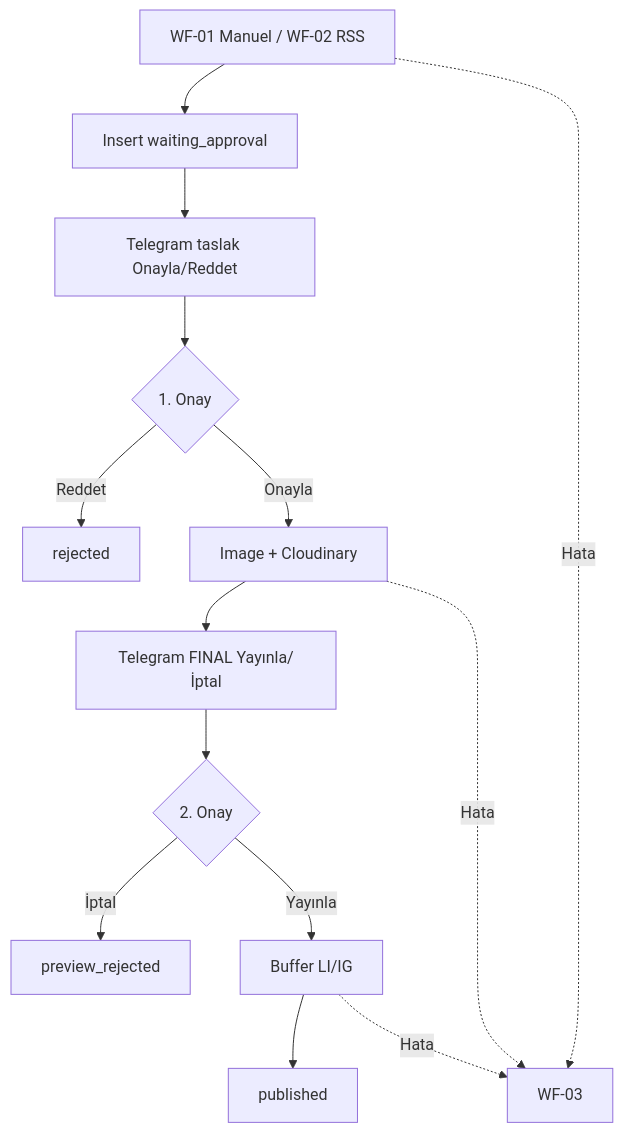
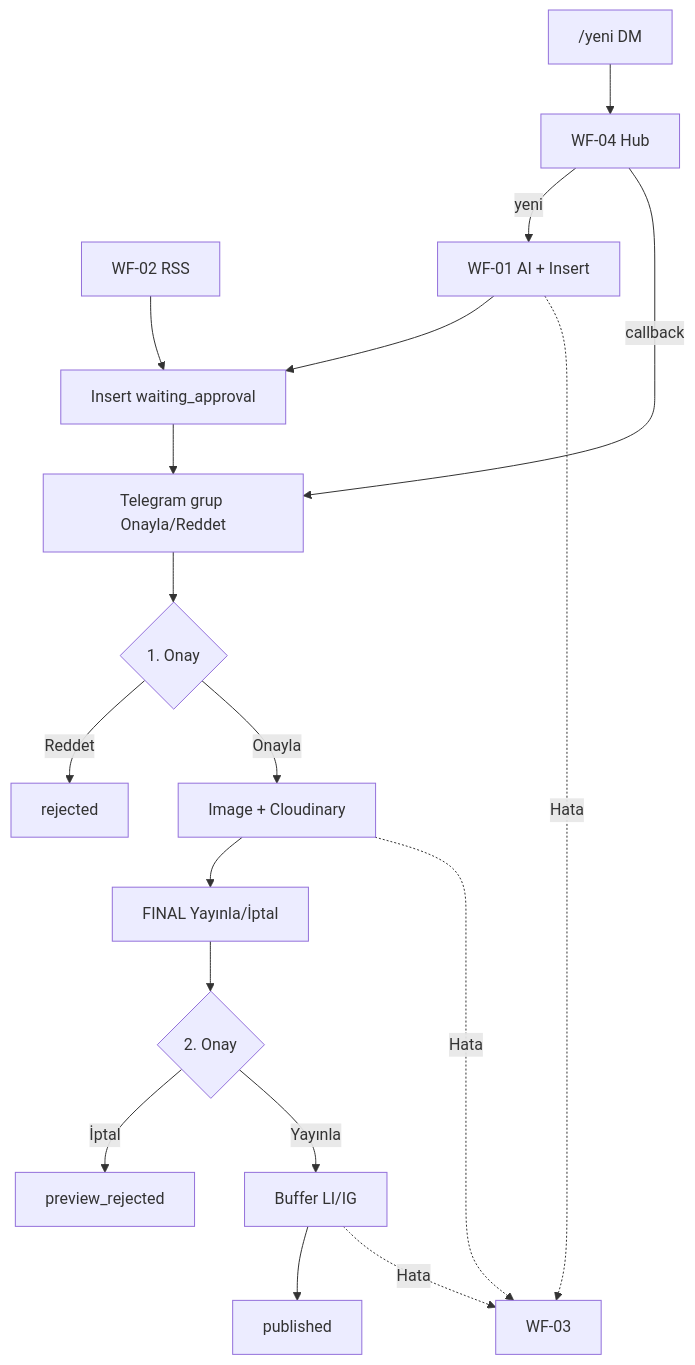
Before and after one commit to mustafaxln/social-media-agent: the first of 6 diagrams in docs/akis-semasi.md, drawn with Mermaid. The commit also changed other lines of this file and 18 other files, not shown here.

````diff
--- a/docs/akis-semasi.md
+++ b/docs/akis-semasi.md
@@ -5,16 +5,20 @@
 ```mermaid
 flowchart TD
-    A[WF-01 Manuel / WF-02 RSS] --> B[Insert waiting_approval]
-    B --> C[Telegram taslak Onayla/Reddet]
+    Y["/yeni DM"] --> H[WF-04 Hub]
+    R[WF-02 RSS] --> B[Insert waiting_approval]
+    H -->|yeni| W1[WF-01 AI + Insert]
+    W1 --> B
+    B --> C[Telegram grup Onayla/Reddet]
     C --> D{1. Onay}
-    D -->|Reddet| R[rejected]
+    D -->|Reddet| RJ[rejected]
     D -->|Onayla| E[Image + Cloudinary]
-    E --> F[Telegram FINAL Yayınla/İptal]
+    E --> F[FINAL Yayınla/İptal]
     F --> G{2. Onay}
     G -->|İptal| P[preview_rejected]
-    G -->|Yayınla| H[Buffer LI/IG]
-    H --> I[published]
-    A -.->|Hata| E3[WF-03]
+    G -->|Yayınla| BUF[Buffer LI/IG]
+    BUF --> I[published]
+    H -->|callback| C
+    W1 -.->|Hata| E3[WF-03]
     E -.->|Hata| E3
-    H -.->|Hata| E3
+    BUF -.->|Hata| E3
 ```
````
